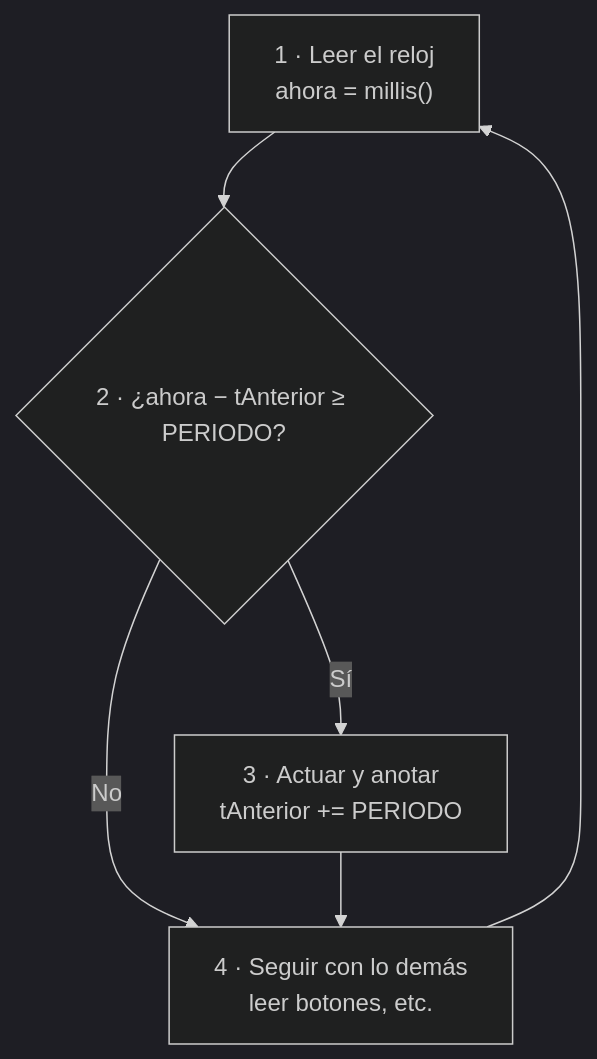
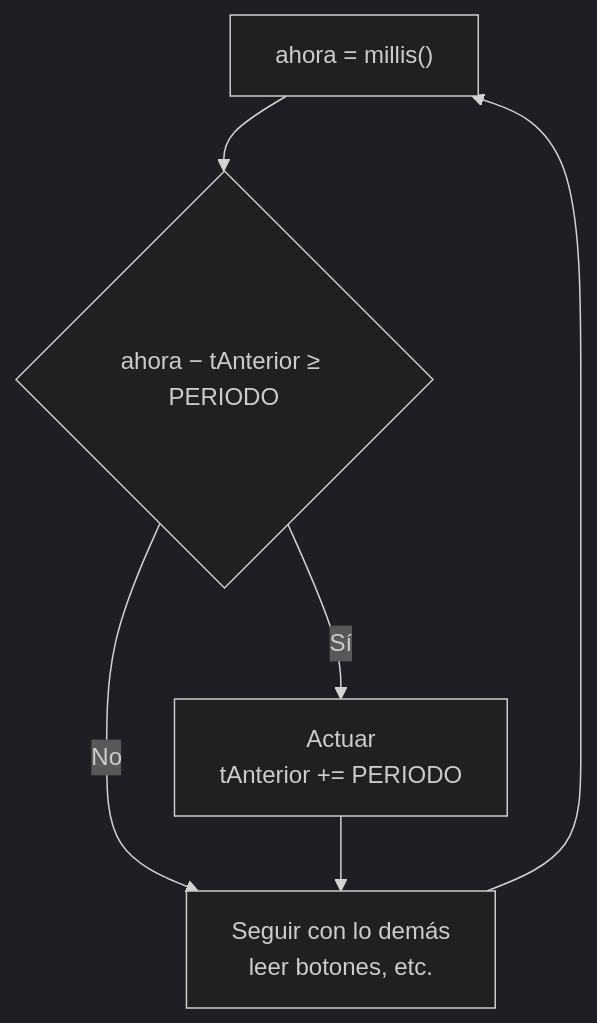
The fifth of 8 diagrams in unidad-1/apuntes/04-tipos-tiempo-y-pulsadores.md (AlejandroTatum/sistemas-digitales-unl), drawn with Mermaid (dark theme) before and after one commit. The commit also changed other lines of this file and 16 other files, not shown here.

````diff
--- a/unidad-1/apuntes/04-tipos-tiempo-y-pulsadores.md
+++ b/unidad-1/apuntes/04-tipos-tiempo-y-pulsadores.md
@@ -134,8 +118,8 @@
 ```mermaid
 flowchart TD
-    A["1 · Leer el reloj<br/>ahora = millis()"] --> B{"2 · ¿ahora − tAnterior ≥ PERIODO?"}
-    B -->|Sí| C["3 · Actuar y anotar<br/>tAnterior += PERIODO"]
-    B -->|No| D["4 · Seguir con lo demás<br/>leer botones, etc."]
+    A["ahora = millis()"] --> B{"ahora − tAnterior ≥ PERIODO"}
+    B -->|Sí| C["Actuar<br/>tAnterior += PERIODO"]
+    B -->|No| D["Seguir con lo demás<br/>leer botones, etc."]
     C --> D
     D --> A
 ```
````
